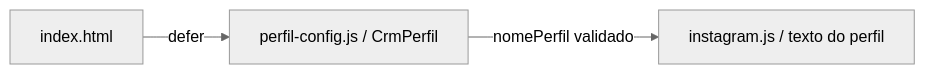
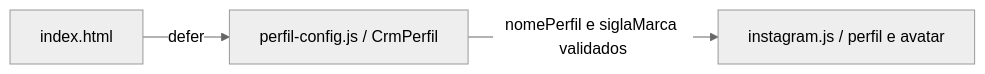
Before and after one commit to Browsher/crm-social: the diagram in docs/modules/perfil-config.md, drawn with Mermaid (neutral theme). The commit also changed other lines of this file and 21 other files, not shown here.

````diff
--- a/docs/modules/perfil-config.md
+++ b/docs/modules/perfil-config.md
@@ -17,5 +18,5 @@
 ```mermaid
 flowchart LR
   HTML[index.html] -->|defer| Perfil[perfil-config.js / CrmPerfil]
-  Perfil -->|nomePerfil validado| IG[instagram.js / texto do perfil]
+  Perfil -->|nomePerfil e siglaMarca validados| IG[instagram.js / perfil e avatar]
 ```
````
